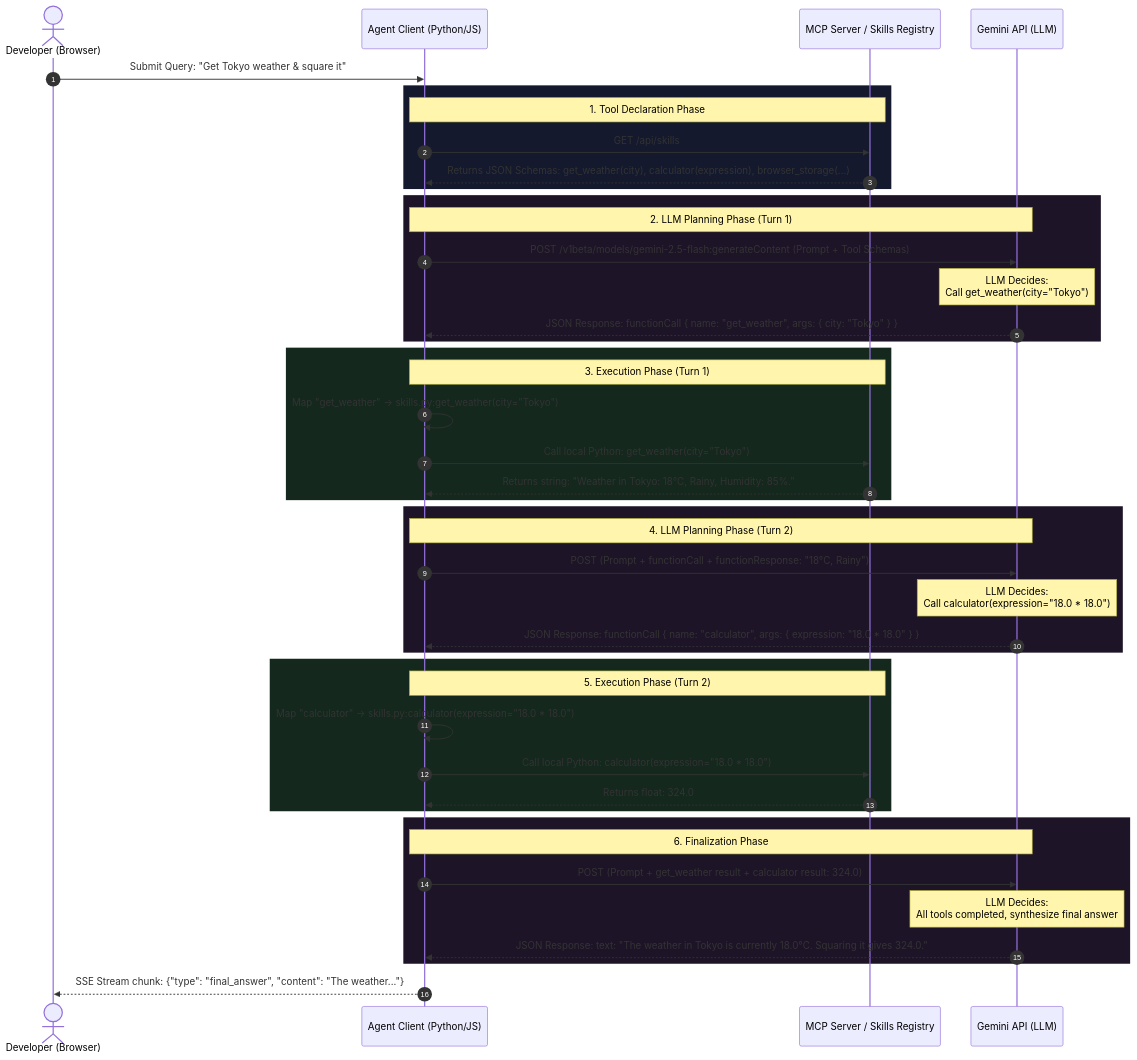
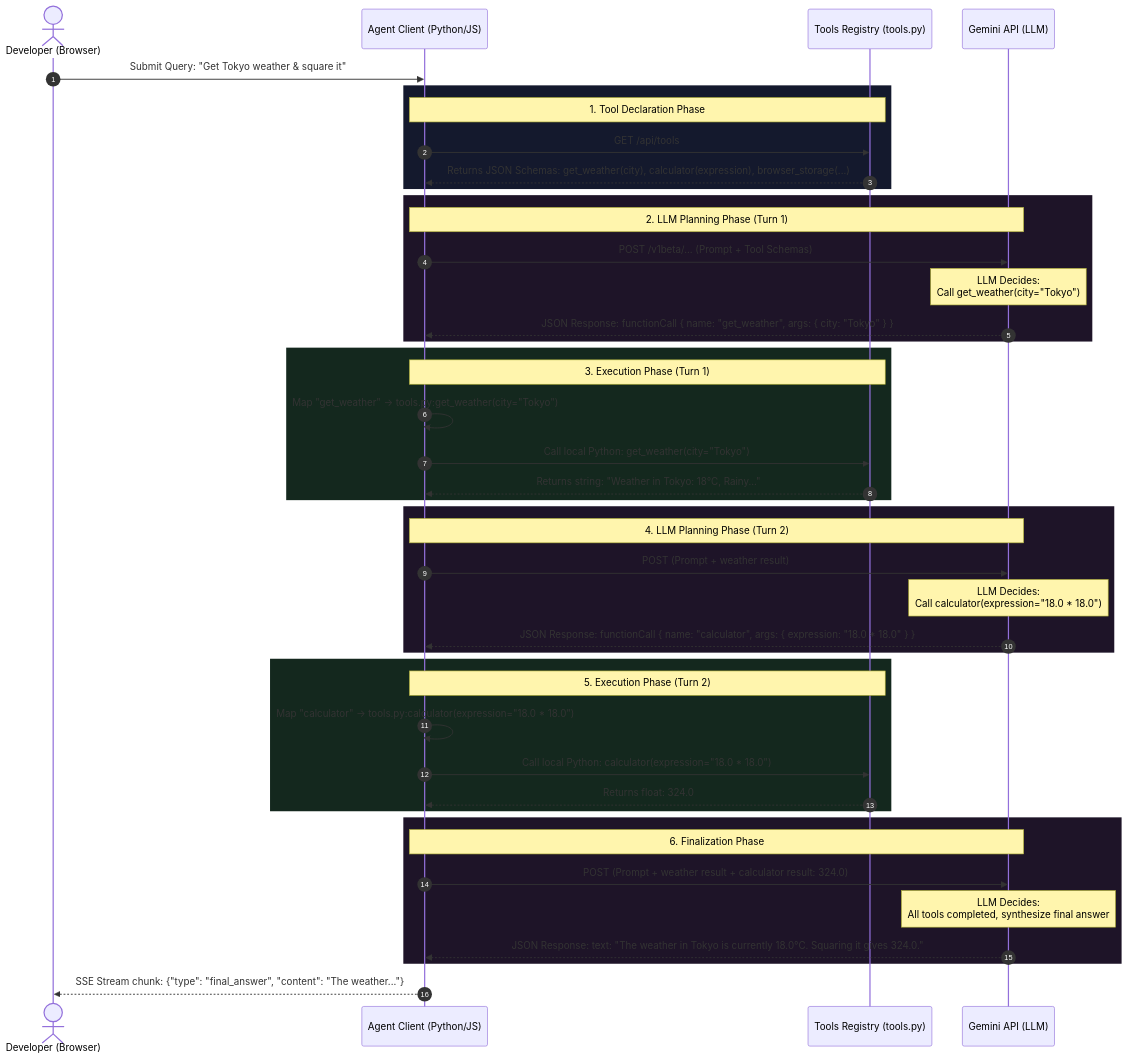
The second of 3 diagrams in README.md (vdonthireddy/ai-agent-skills-sandbox), drawn with Mermaid before and after one commit. The commit also changed other lines of this file and 6 other files, not shown here.

Commit message:
Implement separate Tools and Skills registries, endpoints, dashboard tabs, and composite city research workflow

````diff
--- a/README.md
+++ b/README.md
@@ -132,53 +116,53 @@
 ```mermaid
 sequenceDiagram
     autonumber
     actor User as Developer (Browser)
     participant Agent as Agent Client (Python/JS)
-    participant MCP as MCP Server / Skills Registry
+    participant Registry as Tools Registry (tools.py)
     participant LLM as Gemini API (LLM)
 
     User->>Agent: Submit Query: "Get Tokyo weather & square it"
     
     rect rgb(20, 25, 45)
-        Note over Agent,MCP: 1. Tool Declaration Phase
-        Agent->>MCP: GET /api/skills
-        MCP-->>Agent: Returns JSON Schemas: get_weather(city), calculator(expression), browser_storage(...)
+        Note over Agent,Registry: 1. Tool Declaration Phase
+        Agent->>Registry: GET /api/tools
+        Registry-->>Agent: Returns JSON Schemas: get_weather(city), calculator(expression), browser_storage(...)
     end
     
     rect rgb(30, 20, 40)
         Note over Agent,LLM: 2. LLM Planning Phase (Turn 1)
-        Agent->>LLM: POST /v1beta/models/gemini-2.5-flash:generateContent (Prompt + Tool Schemas)
+        Agent->>LLM: POST /v1beta/... (Prompt + Tool Schemas)
         Note over LLM: LLM Decides:<br/>Call get_weather(city="Tokyo")
         LLM-->>Agent: JSON Response: functionCall { name: "get_weather", args: { city: "Tokyo" } }
     end
     
     rect rgb(20, 40, 30)
-        Note over Agent,MCP: 3. Execution Phase (Turn 1)
-        Agent->>Agent: Map "get_weather" -> skills.py:get_weather(city="Tokyo")
-        Agent->>MCP: Call local Python: get_weather(city="Tokyo")
-        MCP-->>Agent: Returns string: "Weather in Tokyo: 18°C, Rainy, Humidity: 85%."
+        Note over Agent,Registry: 3. Execution Phase (Turn 1)
+        Agent->>Agent: Map "get_weather" -> tools.py:get_weather(city="Tokyo")
+        Agent->>Registry: Call local Python: get_weather(city="Tokyo")
+        Registry-->>Agent: Returns string: "Weather in Tokyo: 18°C, Rainy..."
     end
     
     rect rgb(30, 20, 40)
         Note over Agent,LLM: 4. LLM Planning Phase (Turn 2)
-        Agent->>LLM: POST (Prompt + functionCall + functionResponse: "18°C, Rainy")
+        Agent->>LLM: POST (Prompt + weather result)
         Note over LLM: LLM Decides:<br/>Call calculator(expression="18.0 * 18.0")
         LLM-->>Agent: JSON Response: functionCall { name: "calculator", args: { expression: "18.0 * 18.0" } }
     end
     
     rect rgb(20, 40, 30)
-        Note over Agent,MCP: 5. Execution Phase (Turn 2)
-        Agent->>Agent: Map "calculator" -> skills.py:calculator(expression="18.0 * 18.0")
-        Agent->>MCP: Call local Python: calculator(expression="18.0 * 18.0")
-        MCP-->>Agent: Returns float: 324.0
+        Note over Agent,Registry: 5. Execution Phase (Turn 2)
+        Agent->>Agent: Map "calculator" -> tools.py:calculator(expression="18.0 * 18.0")
+        Agent->>Registry: Call local Python: calculator(expression="18.0 * 18.0")
+        Registry-->>Agent: Returns float: 324.0
     end
     
     rect rgb(30, 20, 40)
         Note over Agent,LLM: 6. Finalization Phase
-        Agent->>LLM: POST (Prompt + get_weather result + calculator result: 324.0)
+        Agent->>LLM: POST (Prompt + weather result + calculator result: 324.0)
         Note over LLM: LLM Decides:<br/>All tools completed, synthesize final answer
         LLM-->>Agent: JSON Response: text: "The weather in Tokyo is currently 18.0°C. Squaring it gives 324.0."
     end
     
     Agent-->>User: SSE Stream chunk: {"type": "final_answer", "content": "The weather..."}
 ```
````
